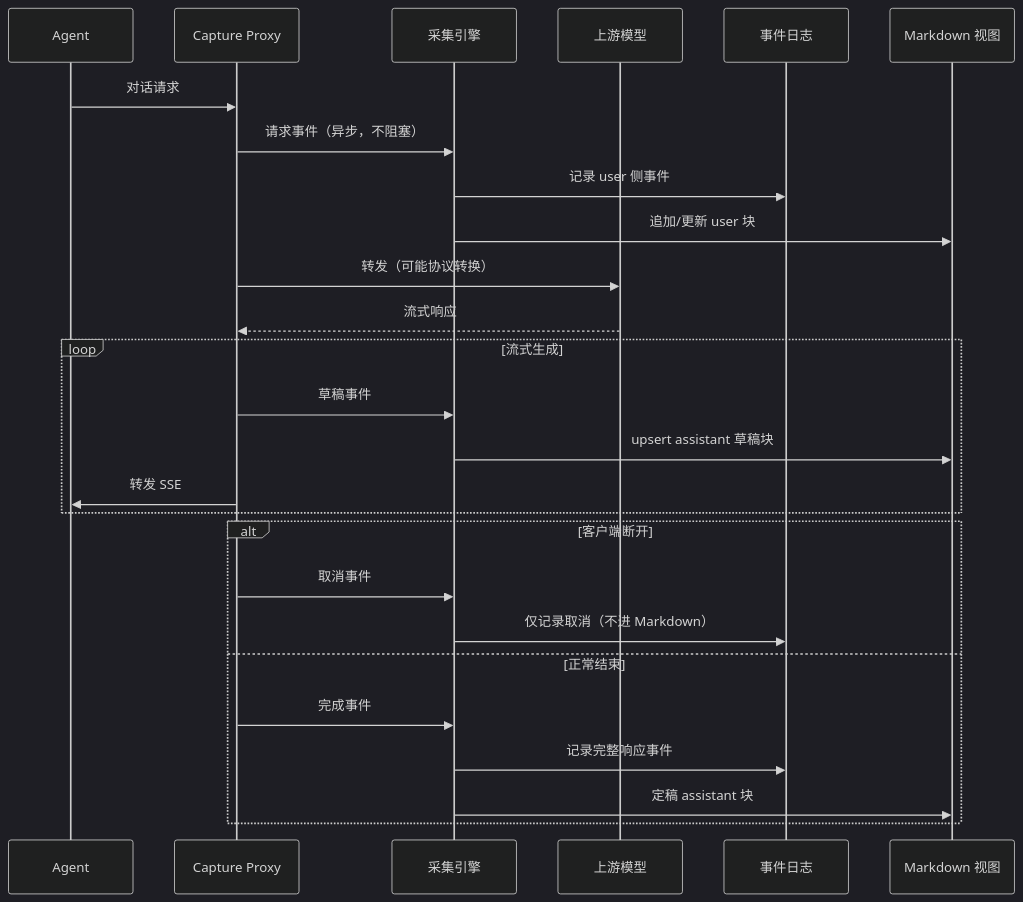
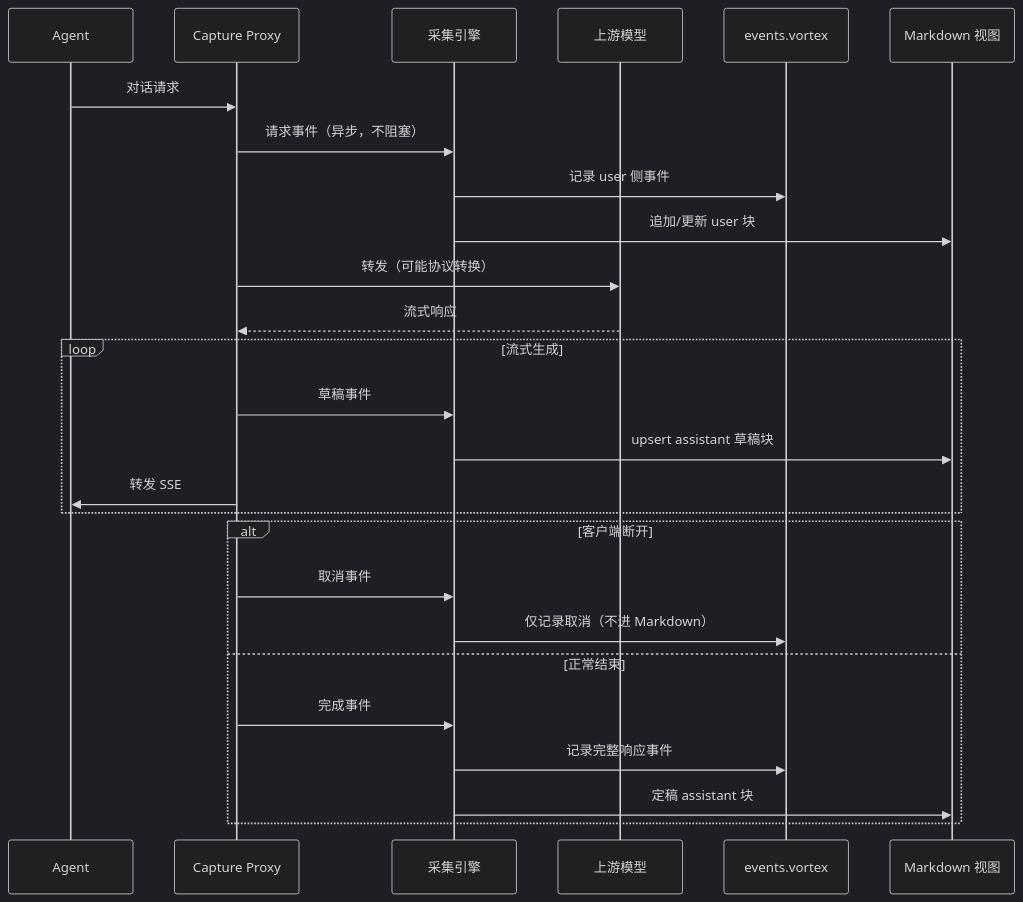
Before and after one commit to DeepLink-org/Persisting: the second of 2 diagrams in docs/src/design/capture_design.zh.md, drawn with Mermaid (dark theme). The commit also changed other lines of this file and 69 other files, not shown here.

First line of the commit message:
Refactor persisting-capture crate to replace Lance references with Vortex

````diff
--- a/docs/src/design/capture_design.zh.md
+++ b/docs/src/design/capture_design.zh.md
@@ -265,32 +265,32 @@
 ```mermaid
 sequenceDiagram
     participant Agent
     participant Proxy as Capture Proxy
     participant Engine as 采集引擎
     participant Upstream as 上游模型
-    participant Lance as 事件日志
+    participant Vortex as events.vortex
     participant MD as Markdown 视图
 
     Agent->>Proxy: 对话请求
     Proxy->>Engine: 请求事件（异步，不阻塞）
-    Engine->>Lance: 记录 user 侧事件
+    Engine->>Vortex: 记录 user 侧事件
     Engine->>MD: 追加/更新 user 块
 
     Proxy->>Upstream: 转发（可能协议转换）
     Upstream-->>Proxy: 流式响应
 
     loop 流式生成
         Proxy->>Engine: 草稿事件
         Engine->>MD: upsert assistant 草稿块
         Proxy->>Agent: 转发 SSE
     end
 
     alt 客户端断开
         Proxy->>Engine: 取消事件
-        Engine->>Lance: 仅记录取消（不进 Markdown）
+        Engine->>Vortex: 仅记录取消（不进 Markdown）
     else 正常结束
         Proxy->>Engine: 完成事件
-        Engine->>Lance: 记录完整响应事件
+        Engine->>Vortex: 记录完整响应事件
         Engine->>MD: 定稿 assistant 块
     end
 ```
````
